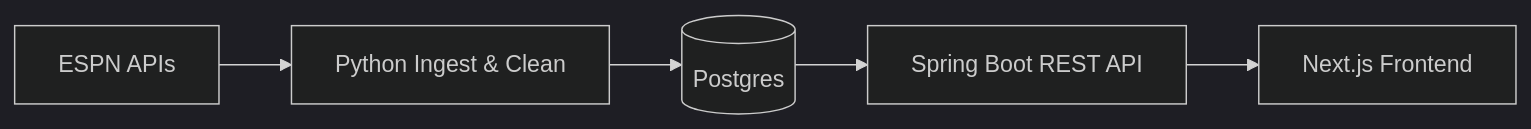
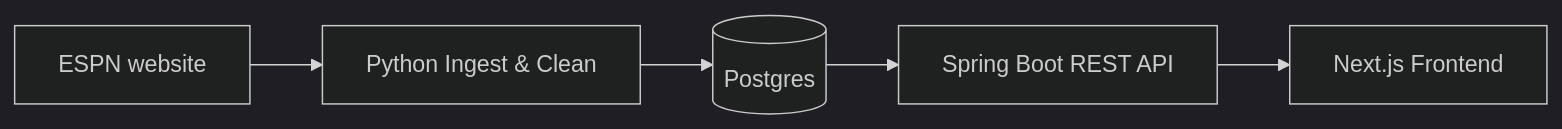
One commit to WaldronElijah/espn-game-scraper changed the first of 2 diagrams in README.md. Above: the diagram before and after it, drawn with Mermaid (dark theme).

````diff
--- a/README.md
+++ b/README.md
@@ -11,7 +11,7 @@
 ```mermaid
 flowchart LR
-  sourceESPN[ESPN APIs] --> pythonIngest[Python Ingest & Clean]
+  sourceESPN[ESPN website] --> pythonIngest[Python Ingest & Clean]
   pythonIngest --> postgresDB[(Postgres)]
   postgresDB --> springAPI[Spring Boot REST API]
   springAPI --> nextApp[Next.js Frontend]
 ```
````
